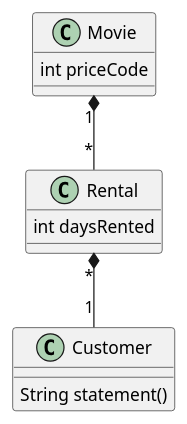
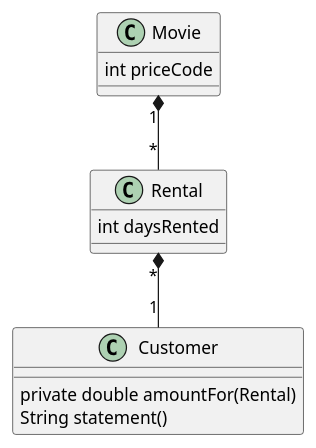
One commit to rony76/martin-fowler-example changed the diagram in src/main/resources/MovieRentalCustomer.puml. Above: the diagram before and after it, drawn with PlantUML. The commit also changed 2 other files, not shown here.

```diff
--- a/src/main/resources/MovieRentalCustomer.puml
+++ b/src/main/resources/MovieRentalCustomer.puml
@@ -1,18 +1,19 @@
 @startuml
 
 Movie "1" *-- "*" Rental
 Rental "*" *-- "1" Customer
 
 class Movie {
     int priceCode
 }
 
 class Rental {
     int daysRented
 }
 
 class Customer {
+    private double amountFor(Rental)
     String statement()
 }
 
 @enduml
```
